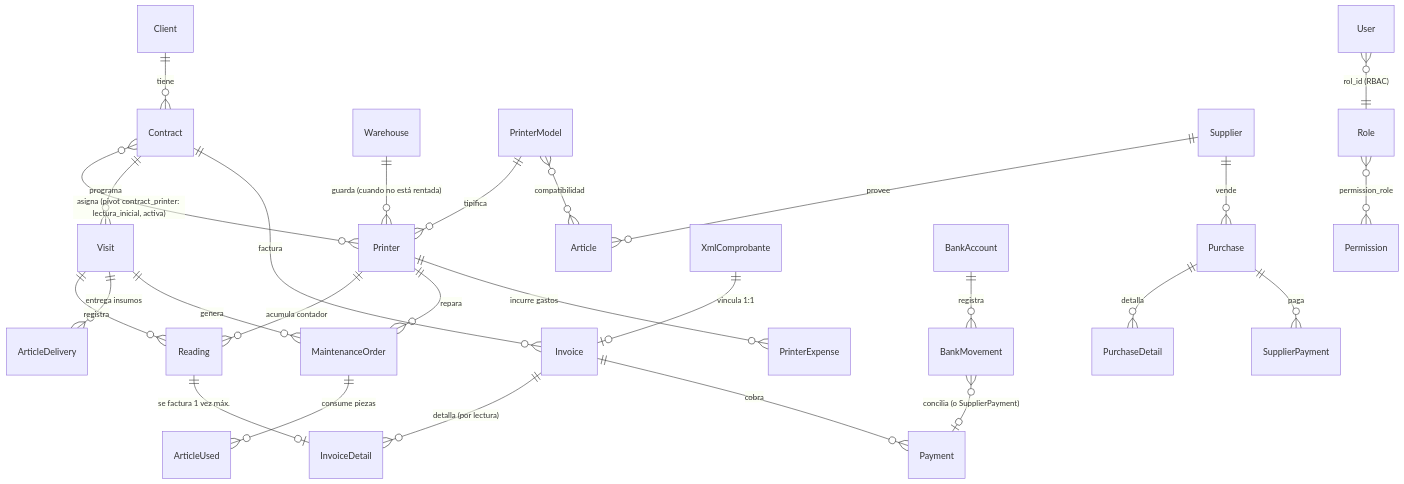
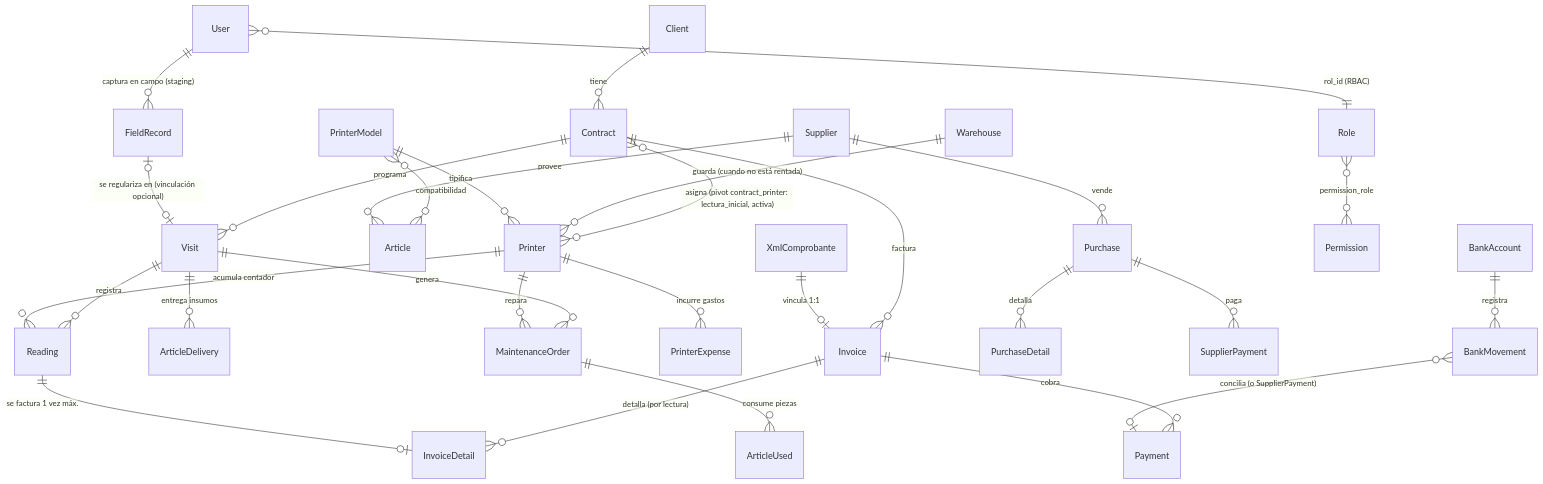
Before and after one commit to jcgabourelai-svg/redprint-app: the first of 2 diagrams in PROJECT.md, drawn with Mermaid. The commit also changed other lines of this file and 42 other files, not shown here.

````diff
--- a/PROJECT.md
+++ b/PROJECT.md
@@ -215,29 +215,31 @@
 ```mermaid
 erDiagram
     Client ||--o{ Contract : "tiene"
     Contract }o--o{ Printer : "asigna (pivot contract_printer: lectura_inicial, activa)"
     Warehouse ||--o{ Printer : "guarda (cuando no está rentada)"
     PrinterModel ||--o{ Printer : "tipifica"
     PrinterModel }o--o{ Article : "compatibilidad"
     Supplier ||--o{ Article : "provee"
     Supplier ||--o{ Purchase : "vende"
     Contract ||--o{ Visit : "programa"
     Visit ||--o{ Reading : "registra"
     Printer ||--o{ Reading : "acumula contador"
     Visit ||--o{ ArticleDelivery : "entrega insumos"
     Visit ||--o{ MaintenanceOrder : "genera"
     MaintenanceOrder ||--o{ ArticleUsed : "consume piezas"
     Printer ||--o{ MaintenanceOrder : "repara"
     Printer ||--o{ PrinterExpense : "incurre gastos"
     Contract ||--o{ Invoice : "factura"
     Invoice ||--o{ InvoiceDetail : "detalla (por lectura)"
     Reading ||--o| InvoiceDetail : "se factura 1 vez máx."
     Invoice ||--o{ Payment : "cobra"
     Purchase ||--o{ PurchaseDetail : "detalla"
     Purchase ||--o{ SupplierPayment : "paga"
     XmlComprobante ||--o| Invoice : "vincula 1:1"
     BankAccount ||--o{ BankMovement : "registra"
     BankMovement }o--o| Payment : "concilia (o SupplierPayment)"
     User }o--|| Role : "rol_id (RBAC)"
     Role }o--o{ Permission : "permission_role"
+    User ||--o{ FieldRecord : "captura en campo (staging)"
+    FieldRecord o|--o| Visit : "se regulariza en (vinculación opcional)"
 ```
````
